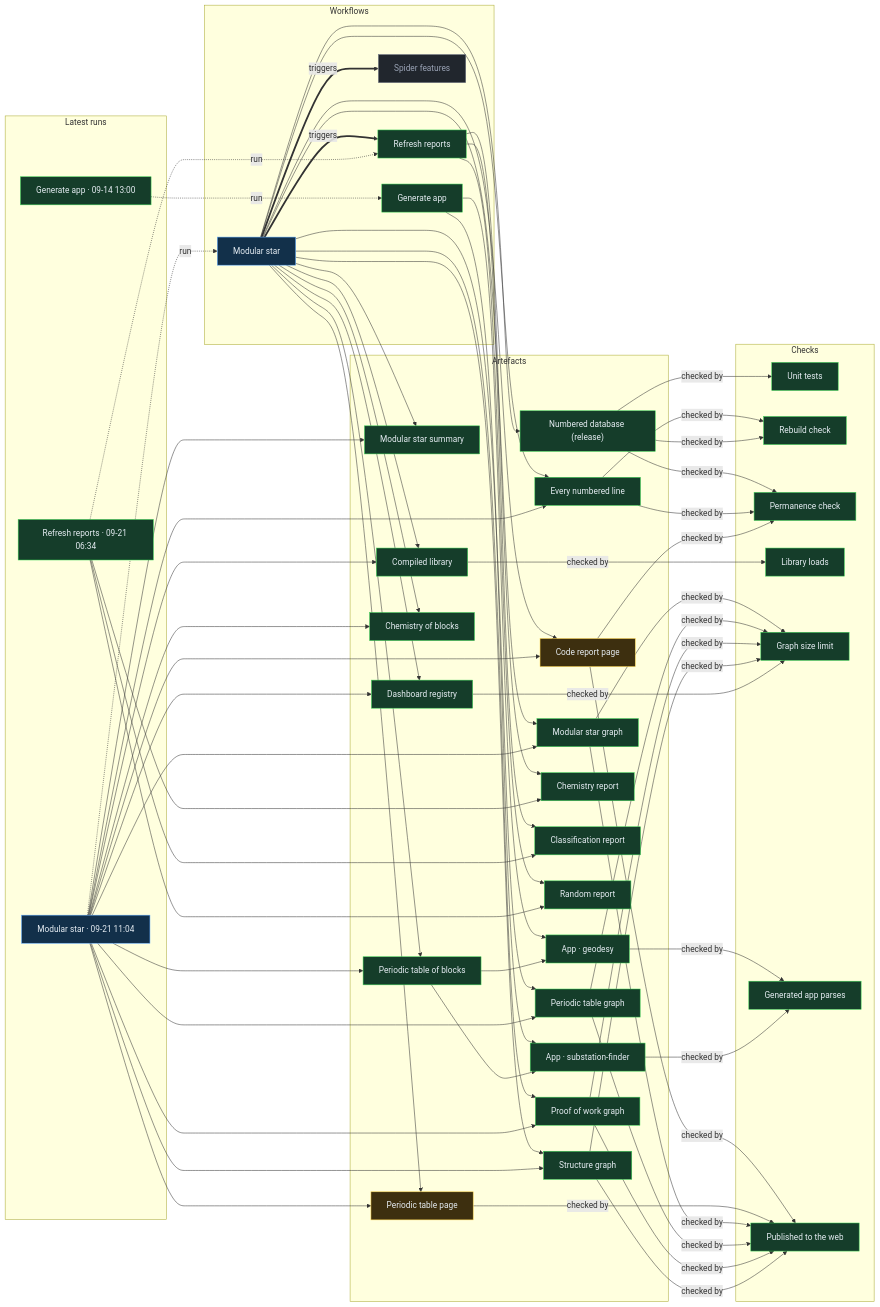
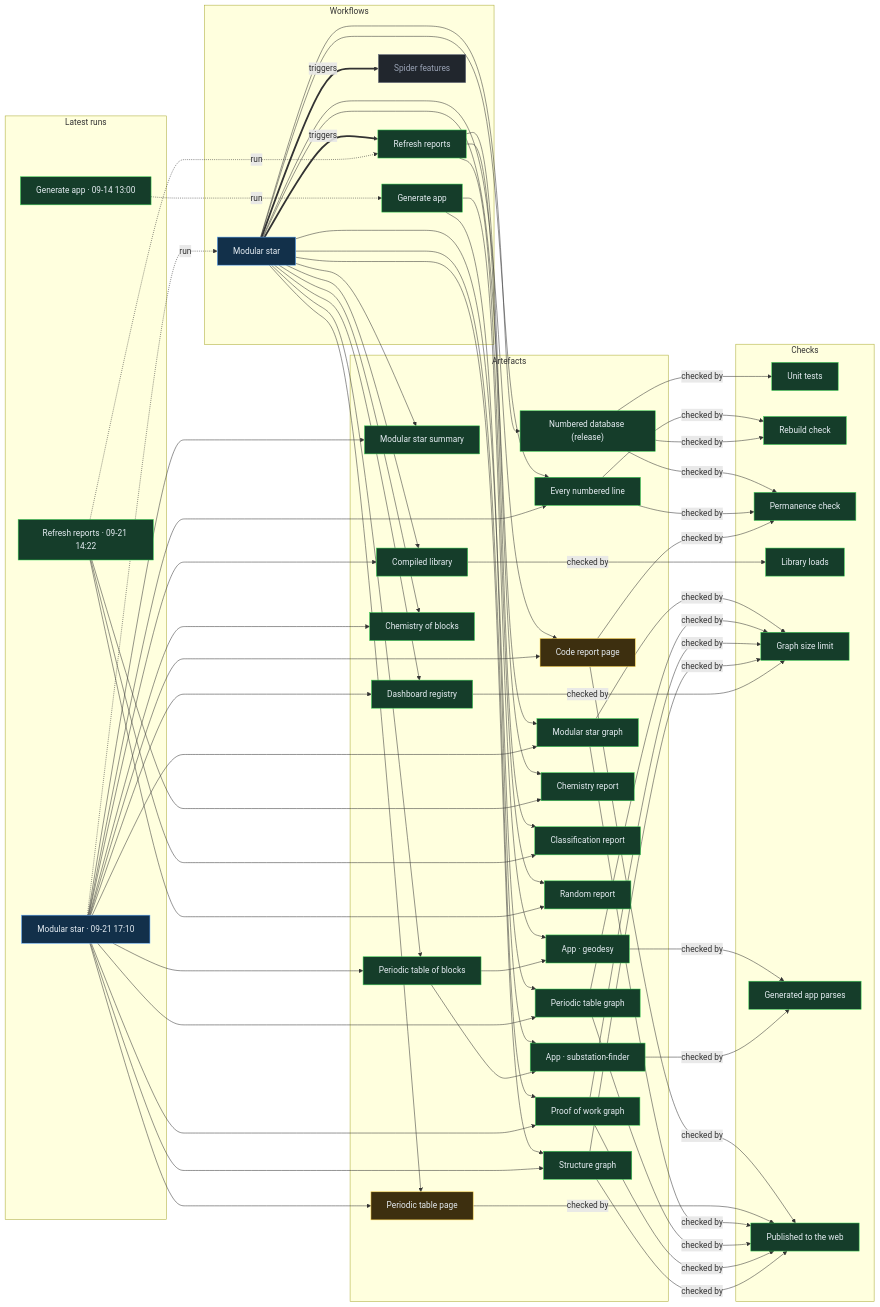
One commit to Ventusltd/stars changed the diagram in proof/PROOF.md. Above: the diagram before and after it, drawn with Mermaid. The commit also changed other lines of this file and 125 other files, not shown here.

Commit message:
Modular star 2026-09-21T17:13Z

```diff
--- a/proof/PROOF.md
+++ b/proof/PROOF.md
@@ -24,8 +24,8 @@
   n_wf_spider_features["Spider features"]:::off
   end
   subgraph g_runs["Latest runs"]
-  n_run_35592059434["Modular star · 09-21 11:04"]:::live
-  n_run_35569099929["Refresh reports · 09-21 06:34"]:::ok
+  n_run_35630307411["Modular star · 09-21 17:10"]:::live
+  n_run_35611699248["Refresh reports · 09-21 14:22"]:::ok
   n_run_34846587798["Generate app · 09-14 13:00"]:::ok
   end
   subgraph g_artefacts["Artefacts"]
@@ -59,39 +59,39 @@
   end
   n_wf_modular_star == triggers ==> n_wf_refresh
   n_wf_modular_star == triggers ==> n_wf_spider_features
-  n_run_35592059434 -. run .-> n_wf_modular_star
-  n_run_35569099929 -. run .-> n_wf_refresh
+  n_run_35630307411 -. run .-> n_wf_modular_star
+  n_run_35611699248 -. run .-> n_wf_refresh
   n_run_34846587798 -. run .-> n_wf_generate
   n_wf_modular_star --> n_art_summary
-  n_run_35592059434 --> n_art_summary
+  n_run_35630307411 --> n_art_summary
   n_wf_modular_star --> n_art_lines
-  n_run_35592059434 --> n_art_lines
+  n_run_35630307411 --> n_art_lines
   n_wf_modular_star --> n_art_code
-  n_run_35592059434 --> n_art_code
+  n_run_35630307411 --> n_art_code
   n_wf_modular_star --> n_art_modular_graph
-  n_run_35592059434 --> n_art_modular_graph
+  n_run_35630307411 --> n_art_modular_graph
   n_wf_modular_star --> n_art_blocks
-  n_run_35592059434 --> n_art_blocks
+  n_run_35630307411 --> n_art_blocks
   n_wf_modular_star --> n_art_table
-  n_run_35592059434 --> n_art_table
+  n_run_35630307411 --> n_art_table
   n_wf_modular_star --> n_art_blocks_graph
-  n_run_35592059434 --> n_art_blocks_graph
+  n_run_35630307411 --> n_art_blocks_graph
   n_wf_modular_star --> n_art_reactions
-  n_run_35592059434 --> n_art_reactions
+  n_run_35630307411 --> n_art_reactions
   n_wf_modular_star --> n_art_library
-  n_run_35592059434 --> n_art_library
+  n_run_35630307411 --> n_art_library
   n_wf_modular_star --> n_art_features
-  n_run_35592059434 --> n_art_features
+  n_run_35630307411 --> n_art_features
   n_wf_modular_star --> n_art_proof
-  n_run_35592059434 --> n_art_proof
+  n_run_35630307411 --> n_art_proof
   n_wf_modular_star --> n_art_structure
-  n_run_35592059434 --> n_art_structure
+  n_run_35630307411 --> n_art_structure
   n_wf_refresh --> n_art_chemistry
-  n_run_35569099929 --> n_art_chemistry
+  n_run_35611699248 --> n_art_chemistry
   n_wf_refresh --> n_art_vedic
-  n_run_35569099929 --> n_art_vedic
+  n_run_35611699248 --> n_art_vedic
   n_wf_refresh --> n_art_random
-  n_run_35569099929 --> n_art_random
+  n_run_35611699248 --> n_art_random
   n_wf_modular_star --> n_art_release
   n_wf_generate --> n_app_geodesy
   n_art_blocks --> n_app_geodesy
```
